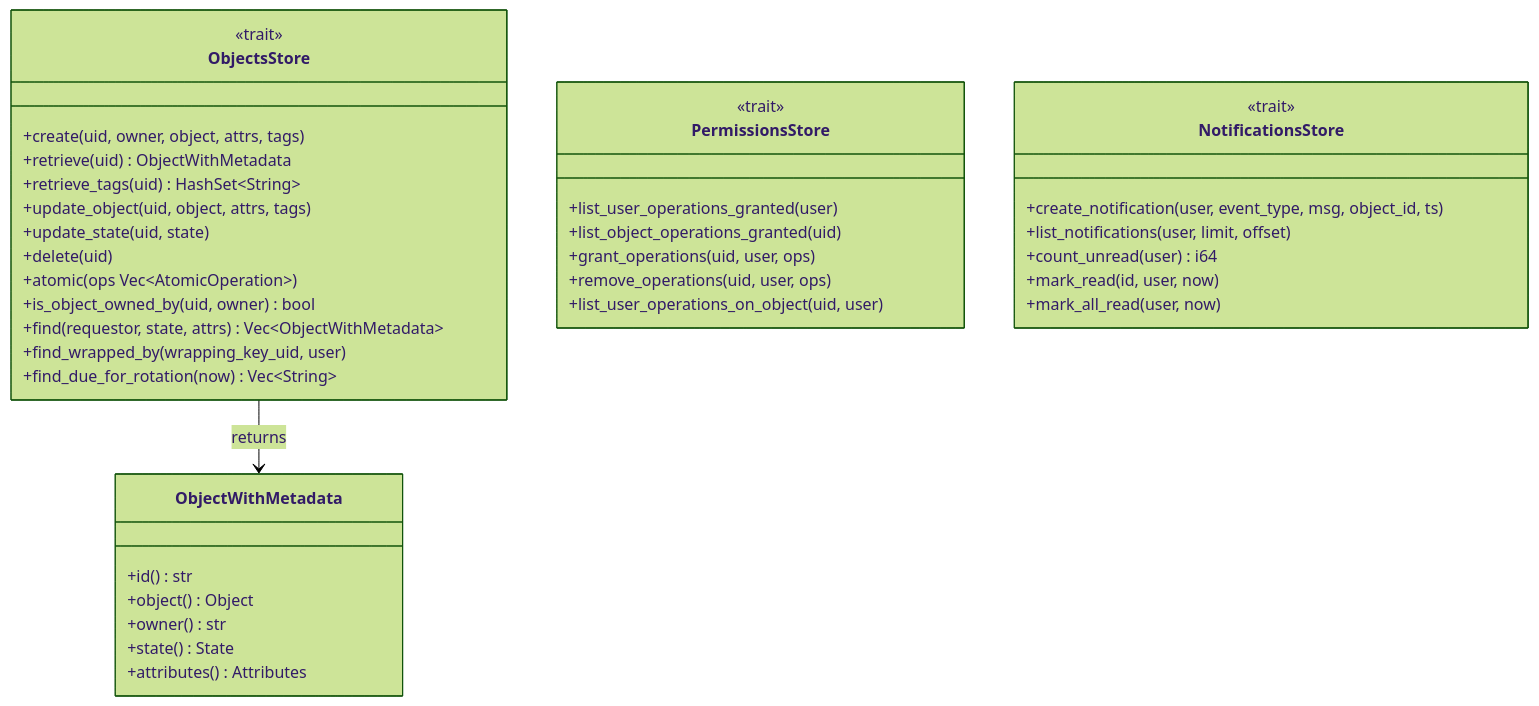
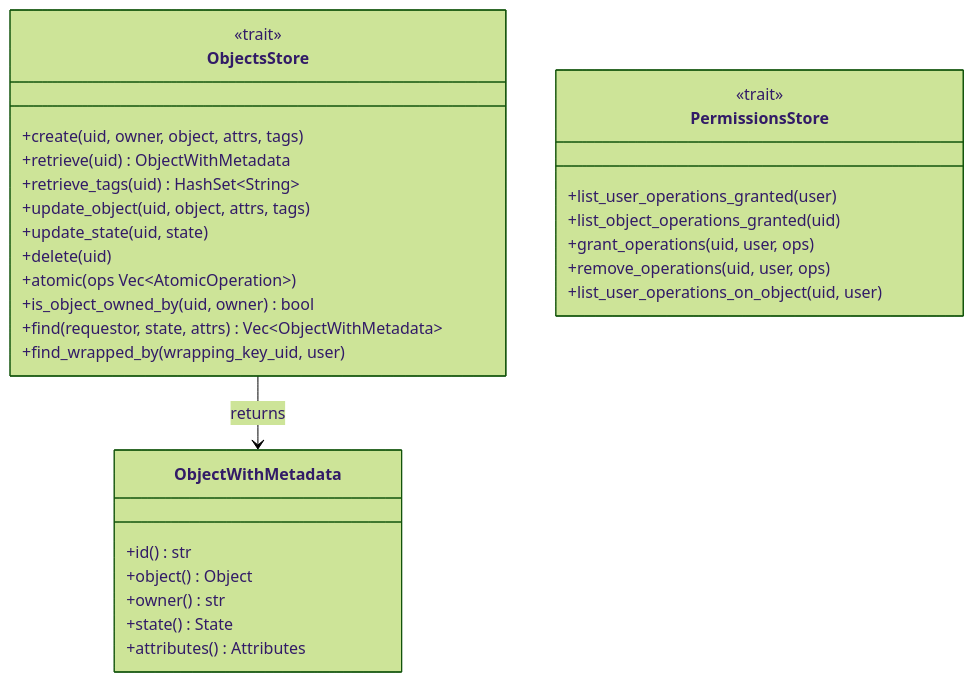
Before and after one commit to Cosmian/kms: the first of 5 diagrams in crate/interfaces/README.md, drawn with Mermaid (forest theme). The commit also changed other lines of this file and 24 other files, not shown here.

````diff
--- a/crate/interfaces/README.md
+++ b/crate/interfaces/README.md
@@ -32,45 +31,35 @@
 ```mermaid
 classDiagram
     class ObjectsStore {
         <<trait>>
         +create(uid, owner, object, attrs, tags)
         +retrieve(uid) ObjectWithMetadata
         +retrieve_tags(uid) HashSet~String~
         +update_object(uid, object, attrs, tags)
         +update_state(uid, state)
         +delete(uid)
         +atomic(ops Vec~AtomicOperation~)
         +is_object_owned_by(uid, owner) bool
         +find(requestor, state, attrs) Vec~ObjectWithMetadata~
         +find_wrapped_by(wrapping_key_uid, user)
-        +find_due_for_rotation(now) Vec~String~
     }
 
     class PermissionsStore {
         <<trait>>
         +list_user_operations_granted(user)
         +list_object_operations_granted(uid)
         +grant_operations(uid, user, ops)
         +remove_operations(uid, user, ops)
         +list_user_operations_on_object(uid, user)
-    }
-
-    class NotificationsStore {
-        <<trait>>
-        +create_notification(user, event_type, msg, object_id, ts)
-        +list_notifications(user, limit, offset)
-        +count_unread(user) i64
-        +mark_read(id, user, now)
-        +mark_all_read(user, now)
     }
 
     class ObjectWithMetadata {
         +id() str
         +object() Object
         +owner() str
         +state() State
         +attributes() Attributes
     }
 
     ObjectsStore --> ObjectWithMetadata : returns
 ```
````
